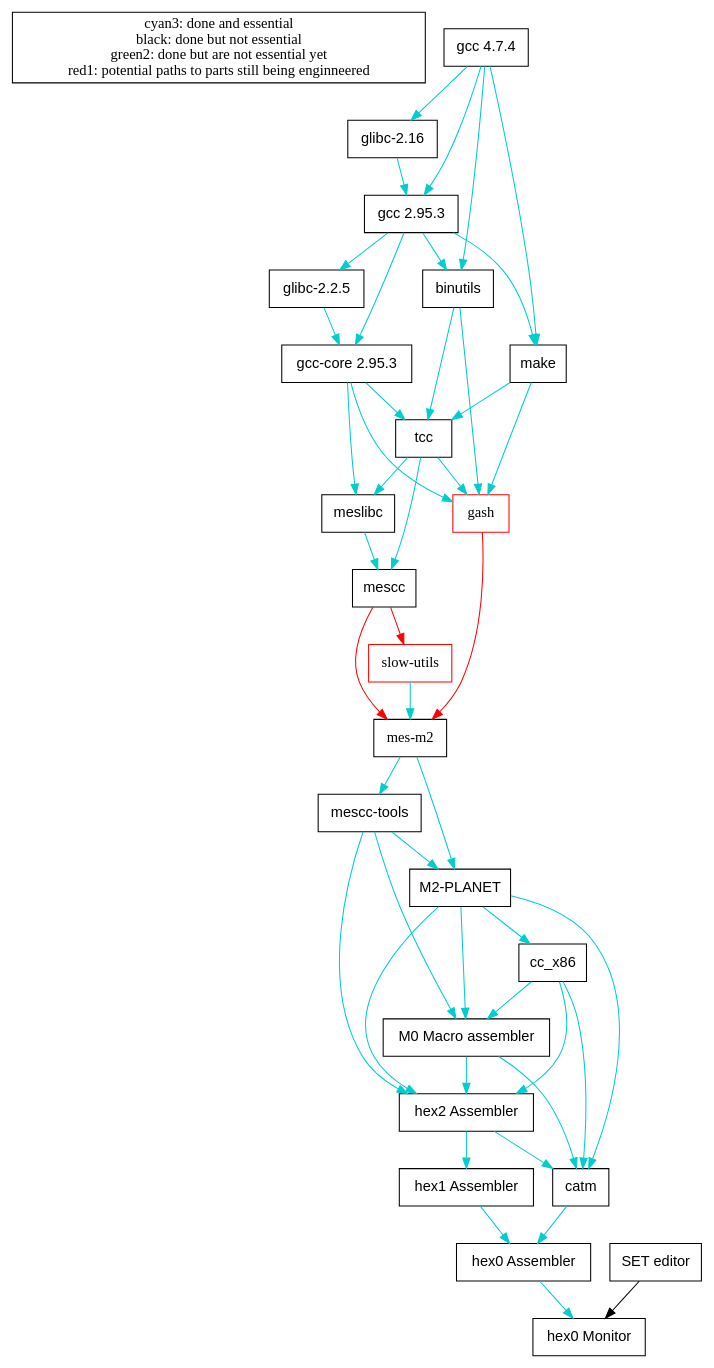
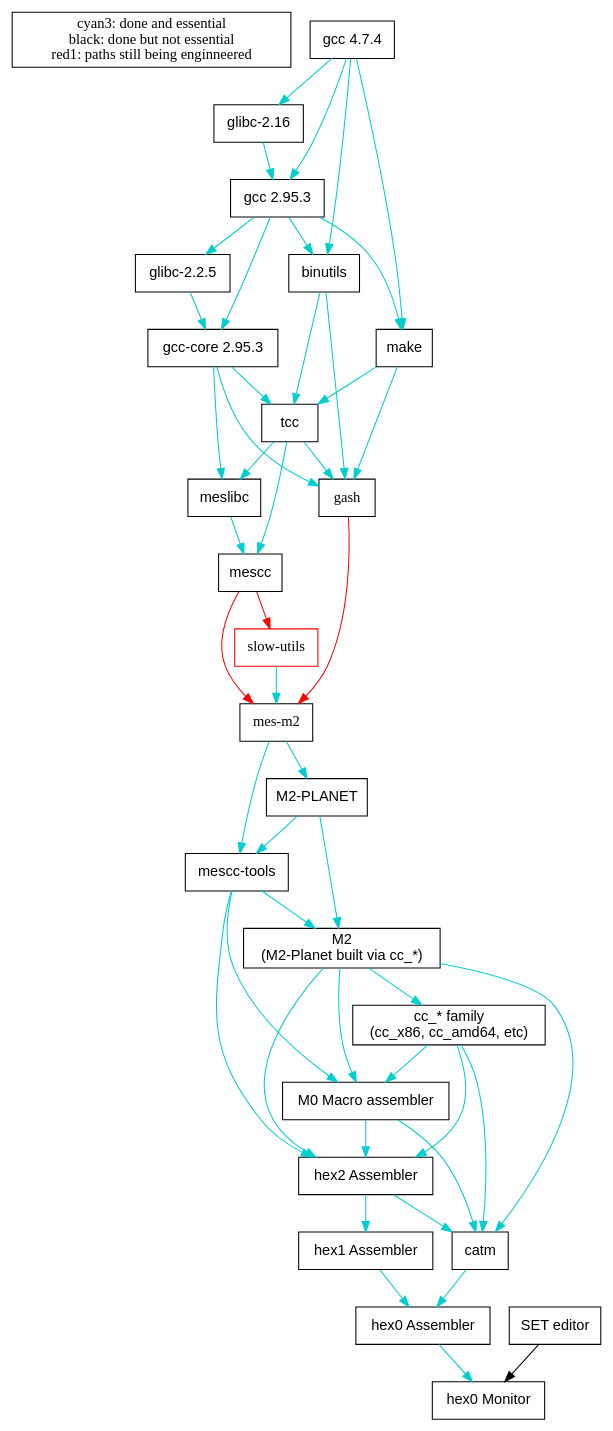
The diagram in Current bootstrap map.dot (oriansj/talk-notes), drawn with Graphviz before and after one commit. The commit also changed 1 other file, not shown here.

```diff
--- a/Current bootstrap map.dot
+++ b/Current bootstrap map.dot
@@ -1,74 +1,77 @@
 digraph "Current bootstrap Map" {
-	"NULL"  [label = "cyan3: done and essential\nblack: done but not essential\ngreen2: done but are not essential yet\nred1: potential paths to parts still being enginneered", shape = box];
+	"NULL"  [label = "cyan3: done and essential\nblack: done but not essential\nred1: paths still being enginneered", shape = box];
 
 	"hex0-monitor" [label = "hex0 Monitor", shape = box, fontname = Helvetica];
 	"hex0-assembler" [label = "hex0 Assembler", shape = box, fontname = Helvetica];
 	"hex1-assembler" [label = "hex1 Assembler", shape = box, fontname = Helvetica];
 	"hex2-assembler" [label = "hex2 Assembler", shape = box, fontname = Helvetica];
 	"M0-Macro" [label = "M0 Macro assembler", shape = box, fontname = Helvetica];
-	"cc_x86" [label = "cc_x86", shape = box, fontname = Helvetica];
+	"cc_*" [label = "cc_* family\n(cc_x86, cc_amd64, etc)", shape = box, fontname = Helvetica];
+	"M2" [label = "M2\n(M2-Planet built via cc_*)", shape = box, fontname = Helvetica];
 	"M2-Planet" [label = "M2-PLANET", shape = box, fontname = Helvetica];
 	"mescc-tools" [label = "mescc-tools", shape = box, fontname = Helvetica];
 	"mes-m2" [label = "mes-m2", shape = box, fontname = Helventica];
 	"slow-utils" [label = "slow-utils", color = red, shape = box, fontname = Helventica];
 	"mescc" [label = "mescc", shape = box, fontname = Helvetica];
 	"meslibc" [label = "meslibc", shape = box, fontname = Helvetica];
-	"gash" [label = "gash", color = red, shape = box, fontname = Helventica];
+	"gash" [label = "gash", shape = box, fontname = Helventica];
 	"tcc" [label = "tcc", shape = box, fontname = Helvetica];
 	"gcc-core 2.95.3" [label = "gcc-core 2.95.3", shape = box, fontname = Helvetica];
 	"make" [label = "make", shape = box, fontname = Helvetica];
 	"binutils" [label = "binutils", shape = box, fontname = Helvetica];
 	"glibc-2.2.5" [label = "glibc-2.2.5", shape = box, fontname = Helvetica];
 	"glibc-2.16" [label = "glibc-2.16", shape = box, fontname = Helvetica];
 	"gcc 2.95.3" [label = "gcc 2.95.3", shape = box, fontname = Helvetica];
 	"gcc 4.7.4" [label = "gcc 4.7.4", shape = box, fontname = Helvetica];
 
 	"catm" [label = "catm", shape = box, fontname = Helvetica];
 	"SET" [label = "SET editor", shape = box, fontname = Helvetica];
 
 	"M0-Macro" -> "catm" [color = cyan3];
 	"M0-Macro" -> "hex2-assembler" [color = cyan3];
 	"SET" -> "hex0-monitor" [color = black];
 	"catm" -> "hex0-assembler" [color = cyan3];
-	"cc_x86" -> "M0-Macro" [color = cyan3];
-	"cc_x86" -> "catm" [color = cyan3];
-	"cc_x86" -> "hex2-assembler" [color = cyan3];
+	"cc_*" -> "M0-Macro" [color = cyan3];
+	"cc_*" -> "catm" [color = cyan3];
+	"cc_*" -> "hex2-assembler" [color = cyan3];
 	"hex0-assembler" -> "hex0-monitor" [color = cyan3];
 	"hex1-assembler" -> "hex0-assembler" [color = cyan3];
 	"hex2-assembler" -> "catm" [color = cyan3];
 	"hex2-assembler" -> "hex1-assembler" [color = cyan3];
-	"M2-Planet" -> "cc_x86" [color = cyan3];
-	"M2-Planet" -> "catm" [color = cyan3];
-	"M2-Planet" -> "M0-Macro" [color = cyan3];
-	"M2-Planet" -> "hex2-assembler" [color = cyan3];
+	"M2" -> "cc_*" [color = cyan3];
+	"M2" -> "catm" [color = cyan3];
+	"M2" -> "M0-Macro" [color = cyan3];
+	"M2" -> "hex2-assembler" [color = cyan3];
+	"M2-Planet" -> "mescc-tools" [color = cyan3];
+	"M2-Planet" -> "M2" [color = cyan3];
 	"mes-m2" -> "M2-Planet" [color = cyan3];
 	"mes-m2" -> "mescc-tools" [color = cyan3];
 	"mescc-tools" -> "M0-Macro" [color = cyan3];
 	"mescc-tools" -> "hex2-assembler" [color = cyan3];
-	"mescc-tools" -> "M2-Planet" [color = cyan3];
+	"mescc-tools" -> "M2" [color = cyan3];
 	"mescc" -> "mes-m2" [color = red1];
 	"slow-utils" -> "mes-m2" [color = cyan3];
 	"mescc" -> "slow-utils" [color = red1];
 	"gash" -> "mes-m2" [color = red1];
 	"tcc" -> "gash" [color = cyan3];
 	"tcc" -> "mescc" [color = cyan3];
 	"meslibc" -> "mescc" [color = cyan3];
 	"tcc" -> "meslibc" [color = cyan3];
 	"gcc-core 2.95.3" -> "tcc" [color = cyan3];
 	"make" -> "tcc" [color = cyan3];
 	"binutils" -> "tcc" [color = cyan3];
 	"gcc-core 2.95.3" -> "gash" [color = cyan3];
 	"binutils" -> "gash" [color = cyan3];
 	"make" -> "gash" [color = cyan3];
 	"gcc-core 2.95.3" -> "meslibc" [color = cyan3];
 	"glibc-2.2.5" -> "gcc-core 2.95.3" [color = cyan3];
 	"gcc 2.95.3" -> "gcc-core 2.95.3" [color = cyan3];
 	"gcc 2.95.3" -> "make" [color = cyan3];
 	"gcc 2.95.3" -> "binutils" [color = cyan3];
 	"gcc 4.7.4" -> "make" [color = cyan3];
 	"gcc 4.7.4" -> "binutils" [color = cyan3];
 	"gcc 2.95.3" -> "glibc-2.2.5" [color = cyan3];
 	"glibc-2.16" -> "gcc 2.95.3" [color = cyan3];
 	"gcc 4.7.4" -> "gcc 2.95.3" [color = cyan3];
 	"gcc 4.7.4" -> "glibc-2.16" [color = cyan3];
 }
```
